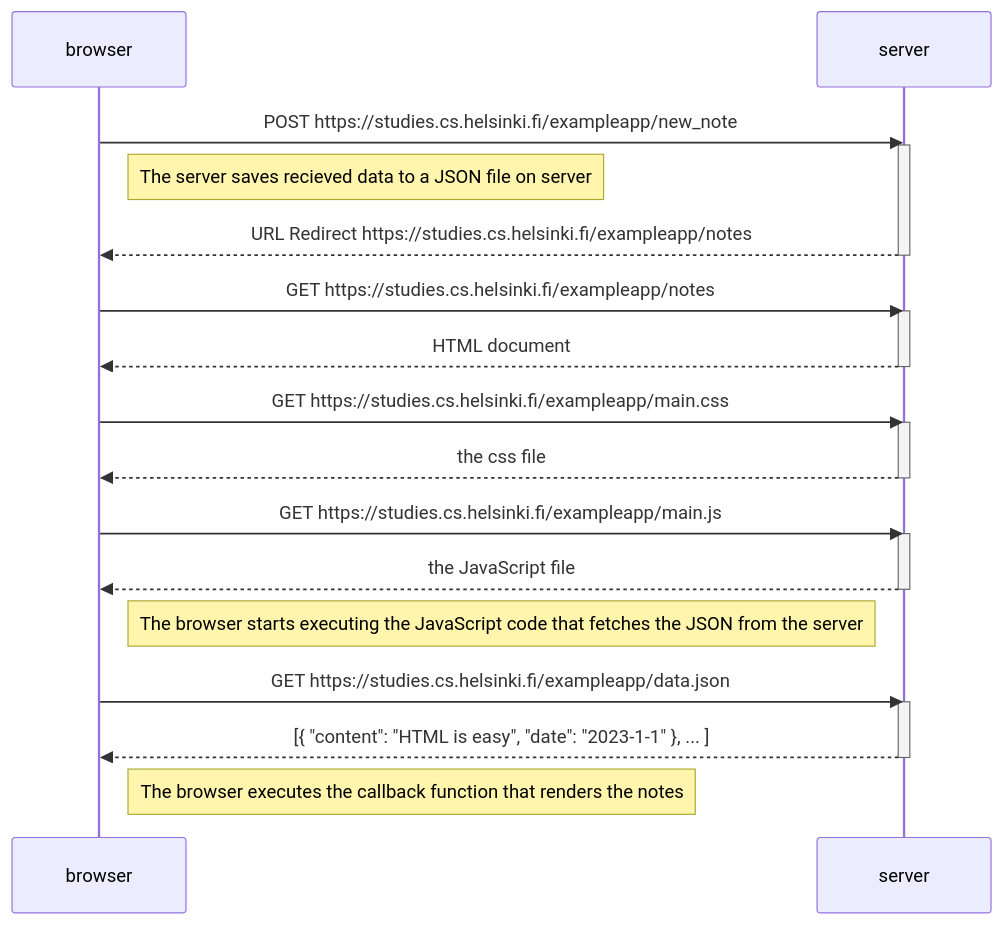
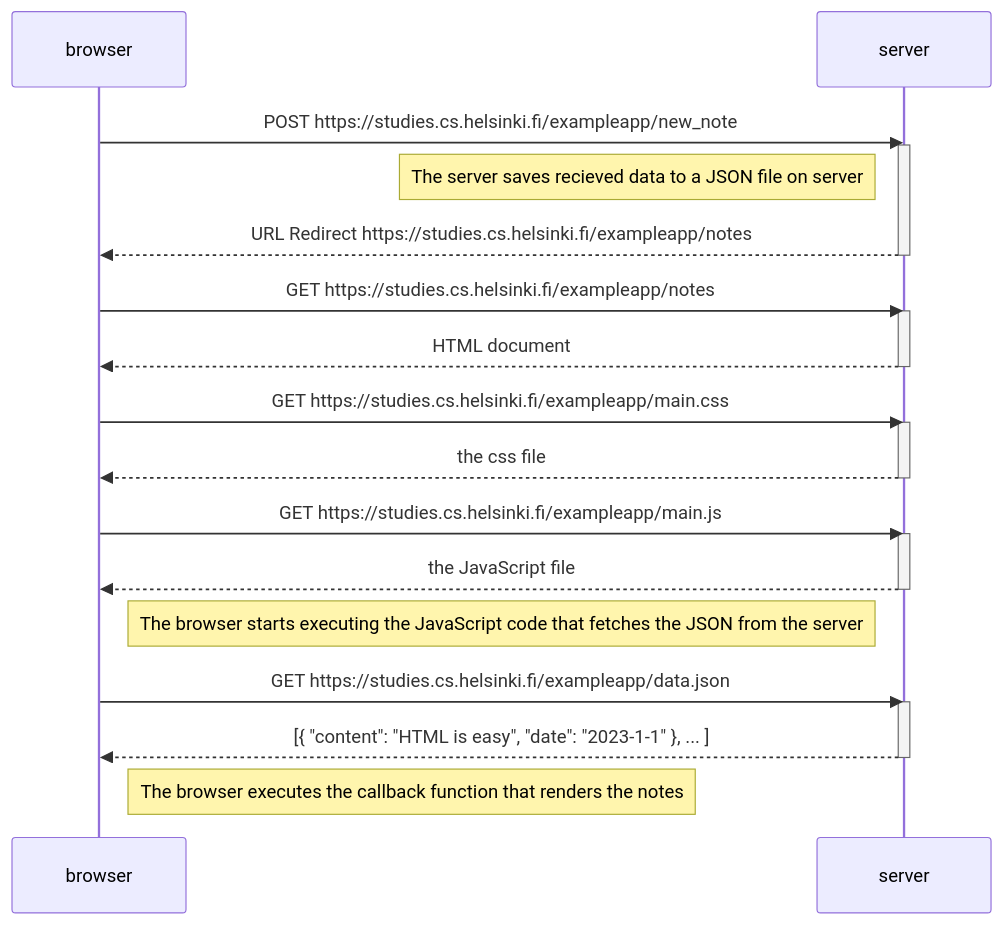
One commit to d1r0l/FSO2023-part0 changed the first of 2 diagrams in 0.4_New_note_diagram/diagram.md. Above: the diagram before and after it, drawn with Mermaid.

Commit message:
fixed a first note position

````diff
--- a/0.4_New_note_diagram/diagram.md
+++ b/0.4_New_note_diagram/diagram.md
@@ -3,35 +3,35 @@
 ```mermaid
 sequenceDiagram
     participant browser
     participant server
 
         browser->>server: POST https://studies.cs.helsinki.fi/exampleapp/new_note
     activate server
-    Note right of browser: The server saves recieved data to a JSON file on server
+    Note left of server: The server saves recieved data to a JSON file on server
     server-->>browser: URL Redirect https://studies.cs.helsinki.fi/exampleapp/notes
     deactivate server
 
     browser->>server: GET https://studies.cs.helsinki.fi/exampleapp/notes
     activate server
     server-->>browser: HTML document
     deactivate server
 
     browser->>server: GET https://studies.cs.helsinki.fi/exampleapp/main.css
     activate server
     server-->>browser: the css file
     deactivate server
 
     browser->>server: GET https://studies.cs.helsinki.fi/exampleapp/main.js
     activate server
     server-->>browser: the JavaScript file
     deactivate server
 
     Note right of browser: The browser starts executing the JavaScript code that fetches the JSON from the server
 
     browser->>server: GET https://studies.cs.helsinki.fi/exampleapp/data.json
     activate server
     server-->>browser: [{ "content": "HTML is easy", "date": "2023-1-1" }, ... ]
     deactivate server
 
     Note right of browser: The browser executes the callback function that renders the notes
 ```
````
